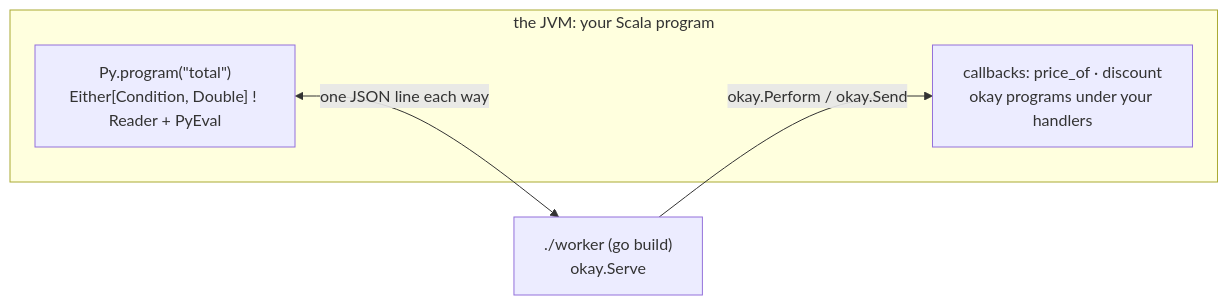
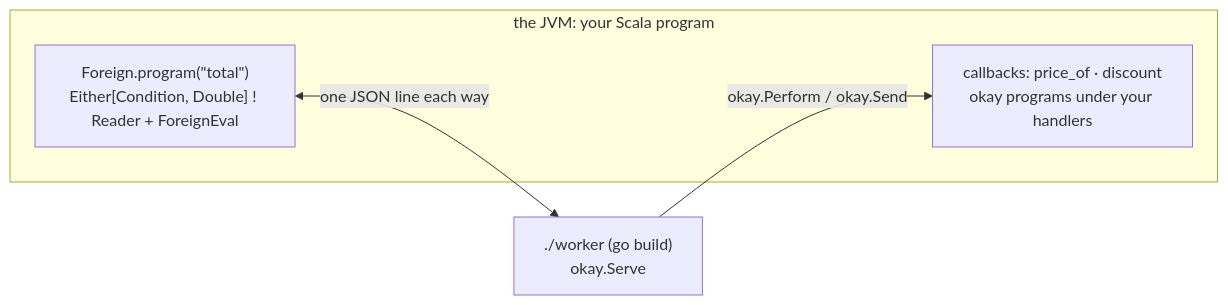
One commit to sergey-scherbina/okay changed the diagram in docs/go.md. Above: the diagram before and after it, drawn with Mermaid. The commit also changed other lines of this file and 25 other files, not shown here.

First line of the commit message:
foreign-names: ForeignEval, ForeignWorker and Foreign are the engine's canonical names (operator); Py/PyEval/PySubprocess kept as aliases; Go, Haskell, TS-facade and one-wire code and docs use the neutral names

````diff
--- a/docs/go.md
+++ b/docs/go.md
@@ -11,10 +11,10 @@
 ```mermaid
 flowchart LR
   subgraph JVM["the JVM: your Scala program"]
-    P["Py.program(&quot;total&quot;)<br/>Either[Condition, Double] ! Reader + PyEval"]
+    P["Foreign.program(&quot;total&quot;)<br/>Either[Condition, Double] ! Reader + ForeignEval"]
     C["callbacks: price_of · discount<br/>okay programs under your handlers"]
   end
   W["./worker (go build)<br/>okay.Serve"]
   P <-->|"one JSON line each way"| W
   W -->|"okay.Perform / okay.Send"| C
 ```
````
